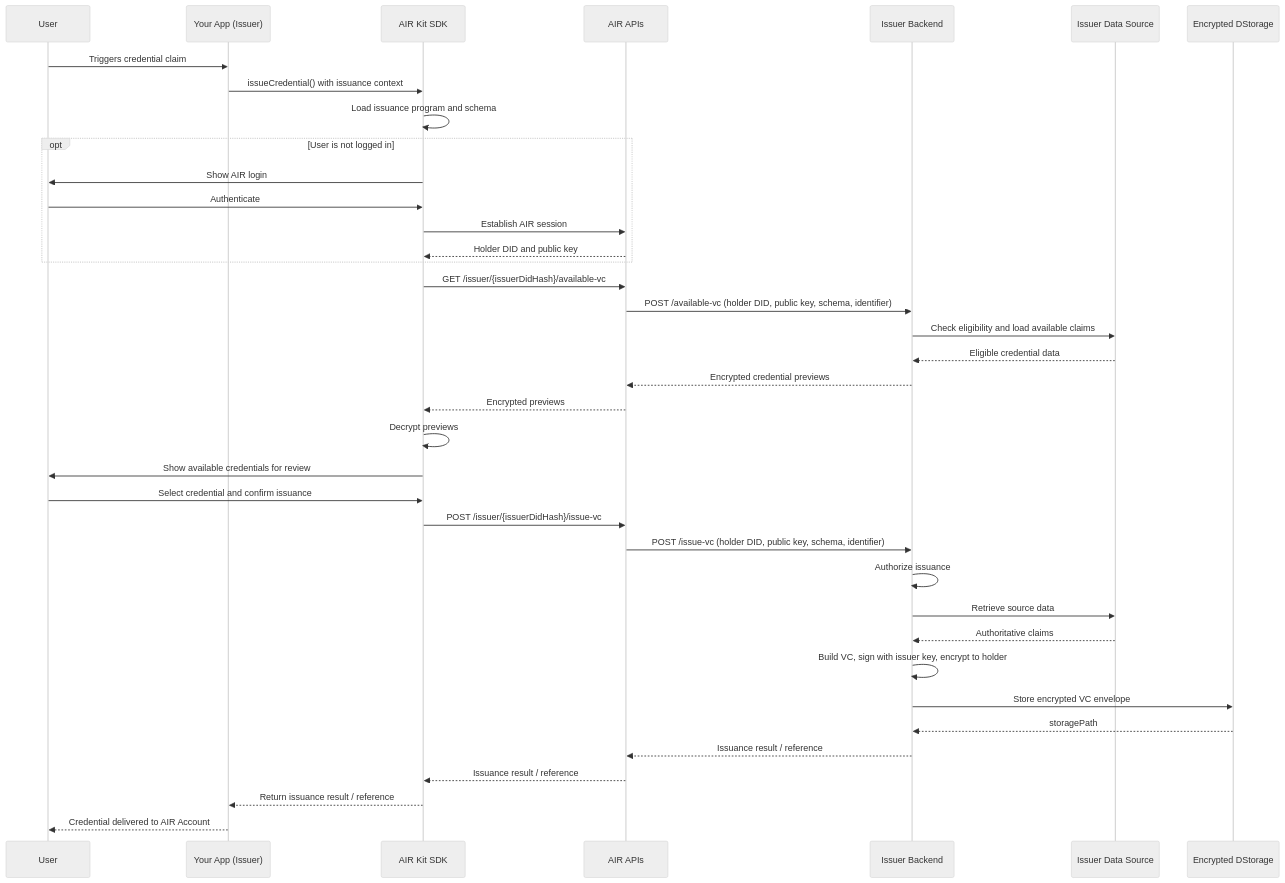
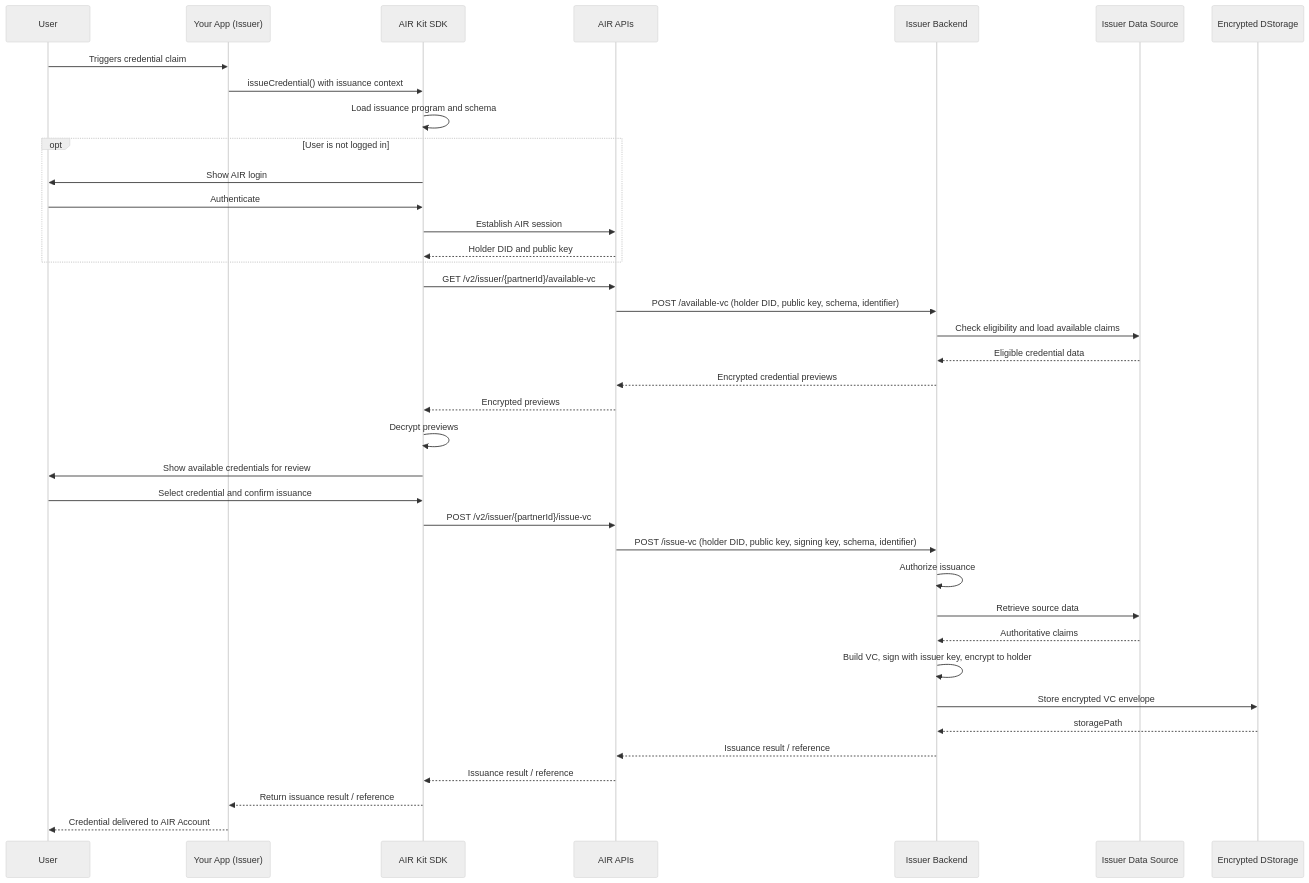
One commit to MocaNetwork/docs changed the second of 2 diagrams in learn/architecture.mdx. Above: the diagram before and after it, drawn with Mermaid (neutral theme). The commit also changed other lines of this file and 53 other files, not shown here.

````diff
--- a/learn/architecture.mdx
+++ b/learn/architecture.mdx
@@ -44,41 +44,41 @@
 ```mermaid
 sequenceDiagram
     participant U as User
     participant App as Your App (Issuer)
     participant SDK as AIR Kit SDK
     participant AIR as AIR APIs
     participant Iss as Issuer Backend
     participant Data as Issuer Data Source
     participant DS as Encrypted DStorage
 
     U->>App: Triggers credential claim
     App->>SDK: issueCredential() with issuance context
     SDK->>SDK: Load issuance program and schema
     opt User is not logged in
         SDK->>U: Show AIR login
         U->>SDK: Authenticate
         SDK->>AIR: Establish AIR session
         AIR-->>SDK: Holder DID and public key
     end
-    SDK->>AIR: GET /issuer/{issuerDidHash}/available-vc
+    SDK->>AIR: GET /v2/issuer/{partnerId}/available-vc
     AIR->>Iss: POST /available-vc (holder DID, public key, schema, identifier)
     Iss->>Data: Check eligibility and load available claims
     Data-->>Iss: Eligible credential data
     Iss-->>AIR: Encrypted credential previews
     AIR-->>SDK: Encrypted previews
     SDK->>SDK: Decrypt previews
     SDK->>U: Show available credentials for review
     U->>SDK: Select credential and confirm issuance
-    SDK->>AIR: POST /issuer/{issuerDidHash}/issue-vc
-    AIR->>Iss: POST /issue-vc (holder DID, public key, schema, identifier)
+    SDK->>AIR: POST /v2/issuer/{partnerId}/issue-vc
+    AIR->>Iss: POST /issue-vc (holder DID, public key, signing key, schema, identifier)
     Iss->>Iss: Authorize issuance
     Iss->>Data: Retrieve source data
     Data-->>Iss: Authoritative claims
     Iss->>Iss: Build VC, sign with issuer key, encrypt to holder
     Iss->>DS: Store encrypted VC envelope
     DS-->>Iss: storagePath
     Iss-->>AIR: Issuance result / reference
     AIR-->>SDK: Issuance result / reference
     SDK-->>App: Return issuance result / reference
     App-->>U: Credential delivered to AIR Account
 ```
````
